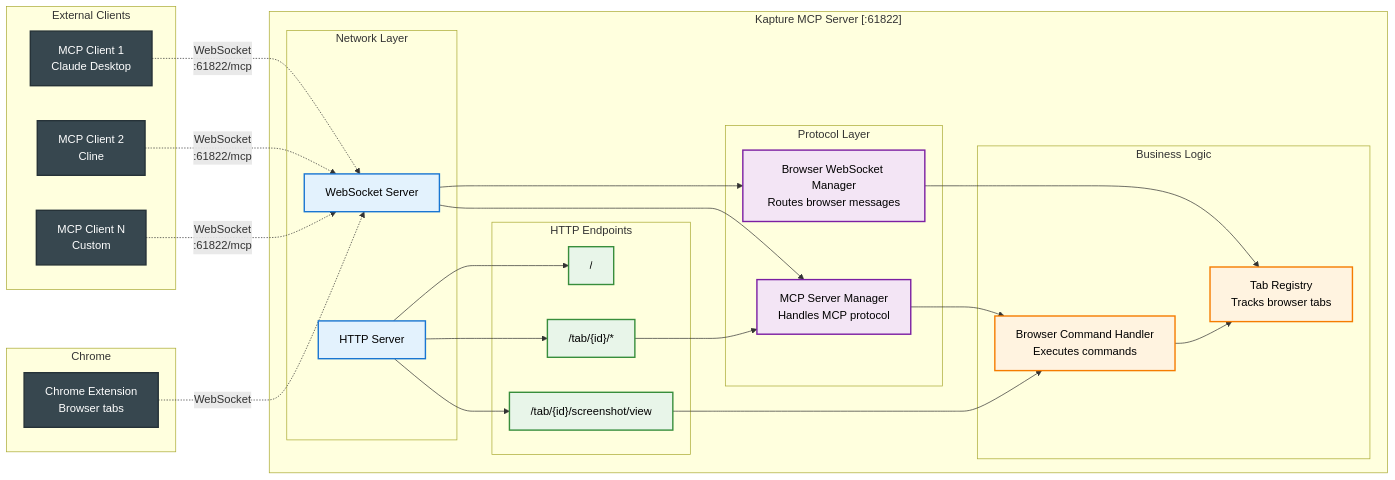
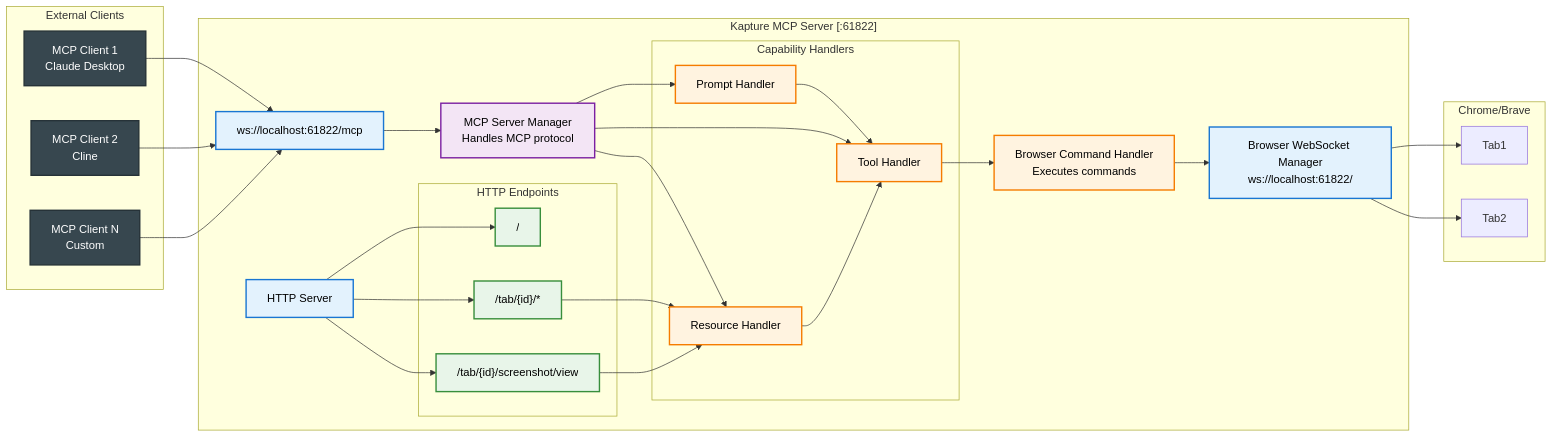
Before and after one commit to unacau/kapture: the diagram in server/README.md, drawn with Mermaid. The commit also changed other lines of this file, not shown here.

Commit message:
docs: update architecture diagrams to reflect refactored handler structure

````diff
--- a/server/README.md
+++ b/server/README.md
@@ -122,70 +122,73 @@
 ```mermaid
 graph LR
+    subgraph "Chrome/Brave"
+            Tab1
+            Tab2
+    end
     subgraph "External Clients"
         MCP1["MCP Client 1<br/>Claude Desktop"]
         MCP2["MCP Client 2<br/>Cline"]
         MCPN["MCP Client N<br/>Custom"]
     end
     
-    subgraph "Chrome"
-        Browser["Chrome Extension<br/>Browser tabs"]
-    end
-    
     subgraph "Kapture MCP Server [:61822]"
-        subgraph "Network Layer"
-            HTTP["HTTP Server"]
-            WSS["WebSocket Server"]
-        end
+        WSS_MCP["ws://localhost:61822/mcp"]
+        HTTP["HTTP Server"]
         
-        subgraph "Protocol Layer"
-            MCPServer["MCP Server Manager<br/>Handles MCP protocol"]
-            BrowserWSMgr["Browser WebSocket Manager<br/>Routes browser messages"]
-        end
-        
-        subgraph "Business Logic"
-            CommandHandler["Browser Command Handler<br/>Executes commands"]
-            TabReg["Tab Registry<br/>Tracks browser tabs"]
+        MCPServer["MCP Server Manager<br/>Handles MCP protocol"]
+        BrowserWSMgr["Browser WebSocket Manager<br/>ws://localhost:61822/"]
+        CommandHandler["Browser Command Handler<br/>Executes commands"]
+
+        subgraph "Capability Handlers"
+            PromptHandler["Prompt Handler"]
+            ToolHandler["Tool Handler"]
+            ResourceHandler["Resource Handler"]
         end
         
         subgraph "HTTP Endpoints"
             Discovery["/"]
             Resources["/tab/{id}/*"]
             Screenshot["/tab/{id}/screenshot/view"]
         end
     end
     
     %% External connections
-    MCP1 -.->|WebSocket<br/>:61822/mcp| WSS
-    MCP2 -.->|WebSocket<br/>:61822/mcp| WSS
-    MCPN -.->|WebSocket<br/>:61822/mcp| WSS
-    Browser -.->|WebSocket| WSS
+    MCP1 --> WSS_MCP
+    MCP2 --> WSS_MCP
+    MCPN --> WSS_MCP
     
     %% Network to Protocol
     HTTP --> Discovery
     HTTP --> Resources
     HTTP --> Screenshot
-    WSS --> MCPServer
-    WSS --> BrowserWSMgr
+    WSS_MCP --> MCPServer
     
     %% Protocol to Business Logic
-    MCPServer --> CommandHandler
-    BrowserWSMgr --> TabReg
-    CommandHandler --> TabReg
+    PromptHandler --> ToolHandler
+    MCPServer --> PromptHandler
+    MCPServer --> ResourceHandler
+    MCPServer --> ToolHandler
+    ToolHandler --> CommandHandler
+    ResourceHandler --> ToolHandler
+    CommandHandler --> BrowserWSMgr
     
     %% HTTP endpoint connections
-    Resources --> MCPServer
-    Screenshot --> CommandHandler
+    Resources --> ResourceHandler
+    Screenshot --> ResourceHandler
+
+    BrowserWSMgr --> Tab1
+    BrowserWSMgr --> Tab2
     
     %% Styling
     classDef network fill:#e3f2fd,stroke:#1976d2,stroke-width:2px,color:#000
     classDef protocol fill:#f3e5f5,stroke:#7b1fa2,stroke-width:2px,color:#000
     classDef logic fill:#fff3e0,stroke:#f57c00,stroke-width:2px,color:#000
     classDef endpoint fill:#e8f5e9,stroke:#388e3c,stroke-width:2px,color:#000
     classDef external fill:#37474f,stroke:#263238,stroke-width:2px,color:#fff
     
-    class HTTP,WSS network
-    class MCPServer,BrowserWSMgr protocol
-    class CommandHandler,TabReg logic
+    class HTTP,WSS_MCP,BrowserWSMgr network
+    class MCPServer protocol
+    class CommandHandler,TabReg,ToolHandler,ResourceHandler,PromptHandler logic
     class Discovery,Resources,Screenshot endpoint
     class MCP1,MCP2,MCPN,Browser external
 ```
````
